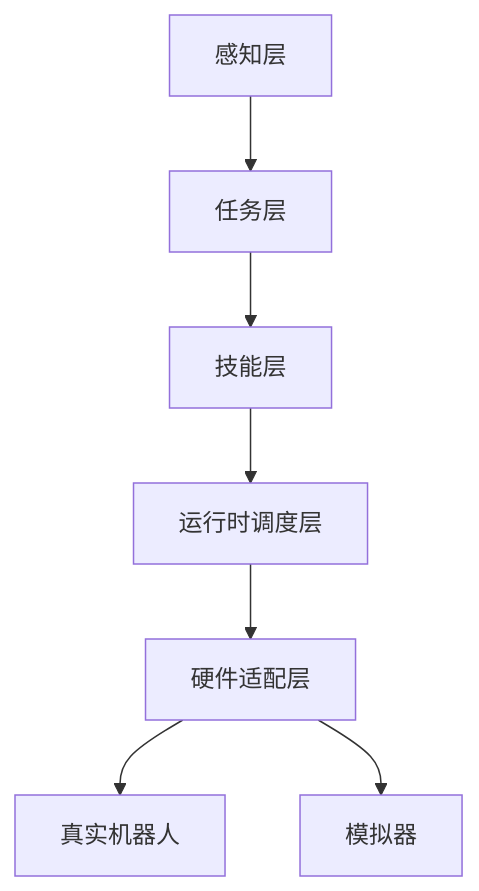
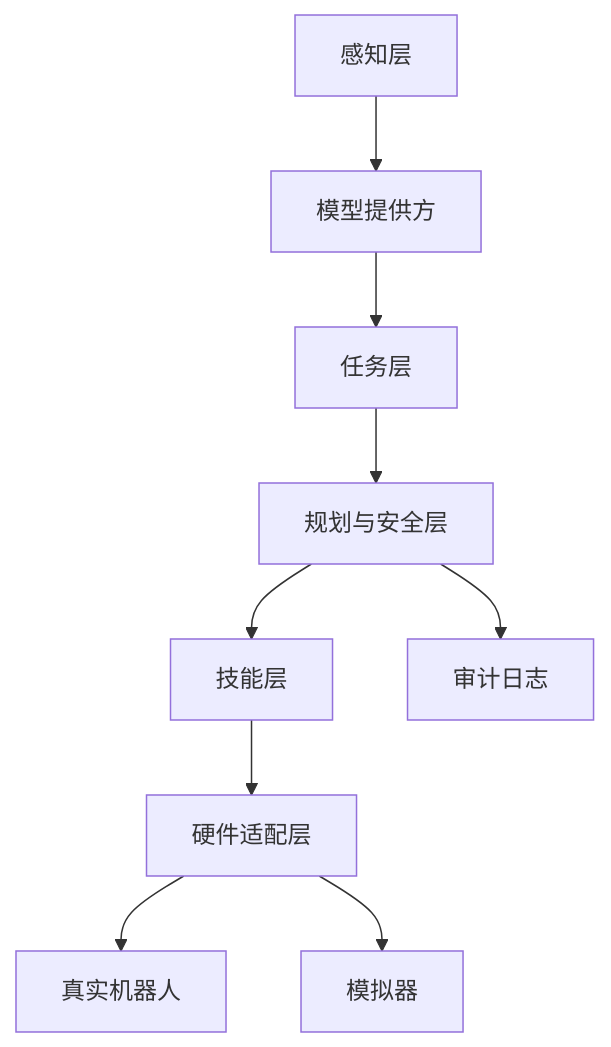
Before and after one commit to weixiubo/OpenEI: the diagram in docs/architecture.md, drawn with Mermaid. The commit also changed other lines of this file and 51 other files, not shown here.

````diff
--- a/docs/architecture.md
+++ b/docs/architecture.md
@@ -7,9 +7,11 @@
 ```mermaid
 flowchart TB
-    A[感知层] --> B[任务层]
-    B --> C[技能层]
-    C --> D[运行时调度层]
-    D --> E[硬件适配层]
-    E --> F[真实机器人]
-    E --> G[模拟器]
+    A[感知层] --> B[模型提供方]
+    B --> C[任务层]
+    C --> D[规划与安全层]
+    D --> E[技能层]
+    E --> F[硬件适配层]
+    F --> G[真实机器人]
+    F --> H[模拟器]
+    D --> I[审计日志]
 ```
````
